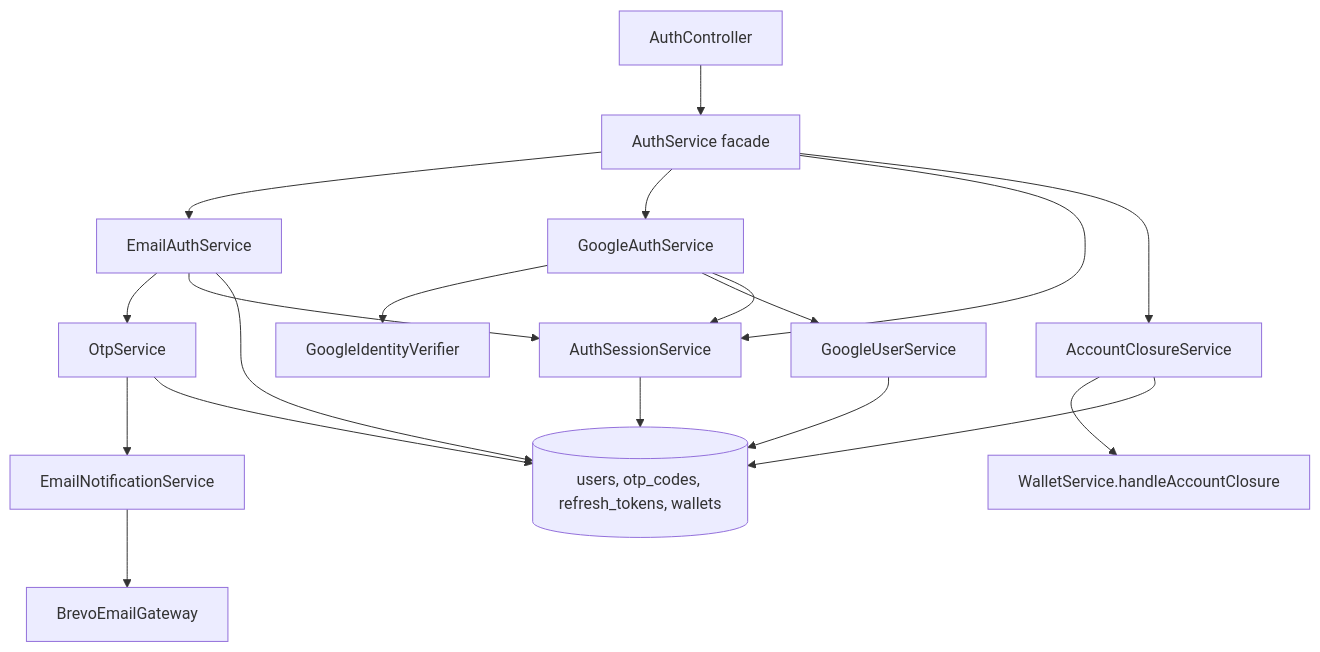
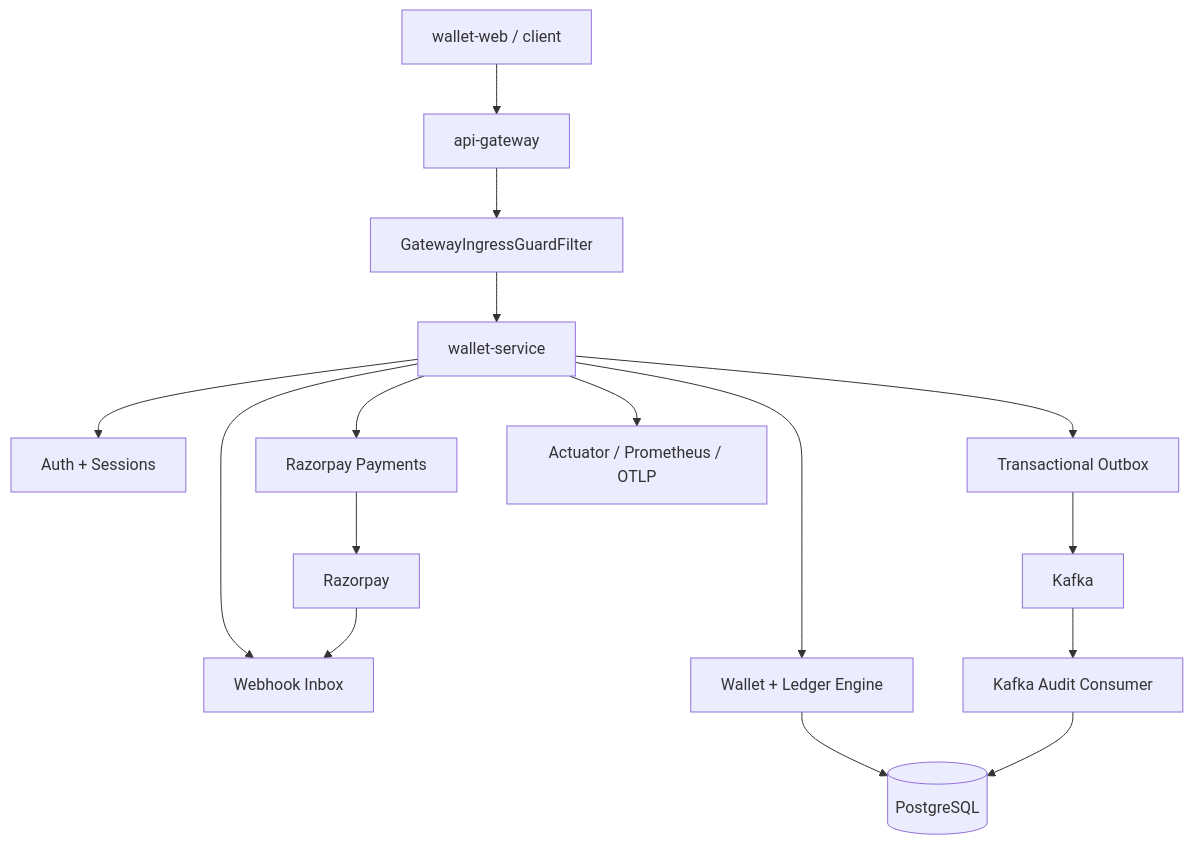
Before and after one commit to abhi01-01/Wallet-Service: the diagram in README.md, drawn with Mermaid. The commit also changed other lines of this file and 58 other files, not shown here.

First line of the commit message:
feat: harden wallet service for production operations

````diff
--- a/README.md
+++ b/README.md
@@ -904,35 +15,20 @@
 ```mermaid
 flowchart TB
-    AuthController["AuthController"]
-    AuthService["AuthService facade"]
-    Email["EmailAuthService"]
-    OTP["OtpService"]
-    Session["AuthSessionService"]
-    GoogleSvc["GoogleAuthService"]
-    GoogleVerifier["GoogleIdentityVerifier"]
-    GoogleUser["GoogleUserService"]
-    Closure["AccountClosureService"]
-    Wallet["WalletService.handleAccountClosure"]
-    Mail["EmailNotificationService"]
-    Brevo["BrevoEmailGateway"]
-    DB[("users, otp_codes, refresh_tokens, wallets")]
+    Client["wallet-web / client"] --> Gateway["api-gateway"]
+    Gateway --> Guard["GatewayIngressGuardFilter"]
+    Guard --> WalletService["wallet-service"]
 
-    AuthController --> AuthService
-    AuthService --> Email
-    AuthService --> GoogleSvc
-    AuthService --> Session
-    AuthService --> Closure
-    Email --> OTP
-    OTP --> Mail
-    Mail --> Brevo
-    Email --> Session
-    GoogleSvc --> GoogleVerifier
-    GoogleSvc --> GoogleUser
-    GoogleSvc --> Session
-    Closure --> Wallet
-    Closure --> DB
-    Email --> DB
-    OTP --> DB
-    Session --> DB
-    GoogleUser --> DB
+    WalletService --> Auth["Auth + Sessions"]
+    WalletService --> Payments["Razorpay Payments"]
+    WalletService --> Webhooks["Webhook Inbox"]
+    WalletService --> WalletEngine["Wallet + Ledger Engine"]
+    WalletService --> Outbox["Transactional Outbox"]
+
+    WalletEngine --> PG[(PostgreSQL)]
+    Payments --> Razorpay["Razorpay"]
+    Razorpay --> Webhooks
+    Outbox --> Kafka["Kafka"]
+    Kafka --> Audit["Kafka Audit Consumer"]
+    Audit --> PG
+    WalletService --> Metrics["Actuator / Prometheus / OTLP"]
 ```
````
